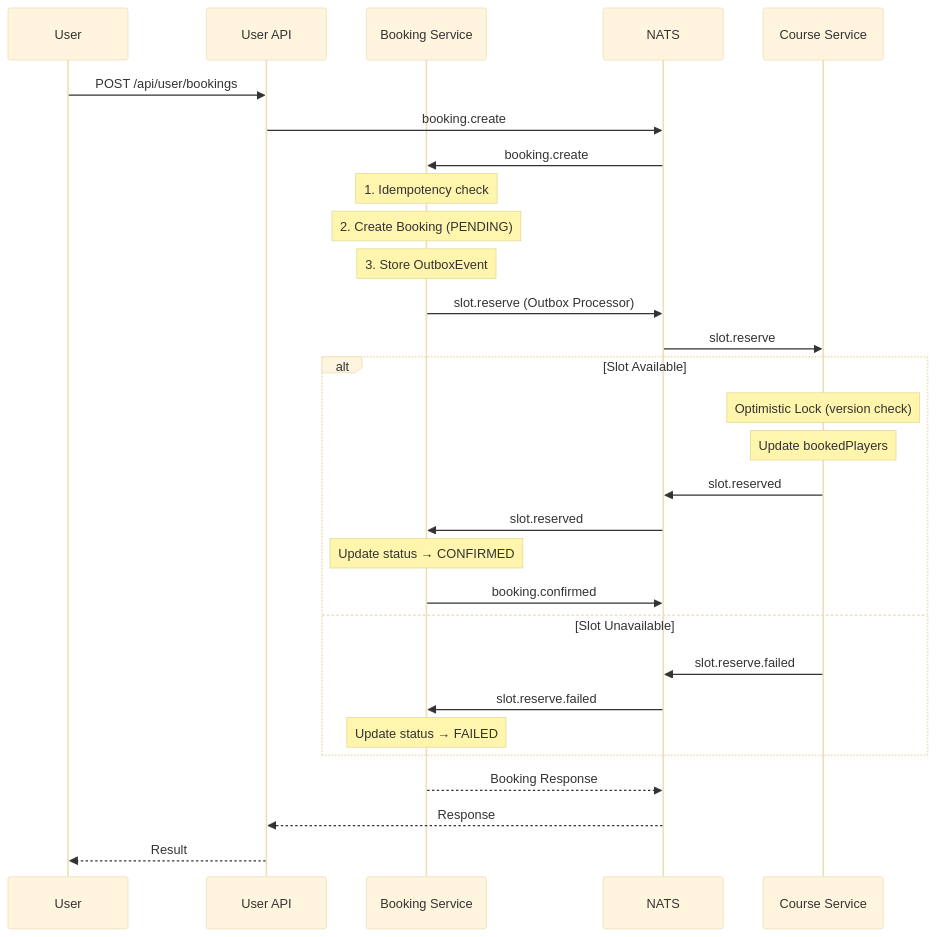
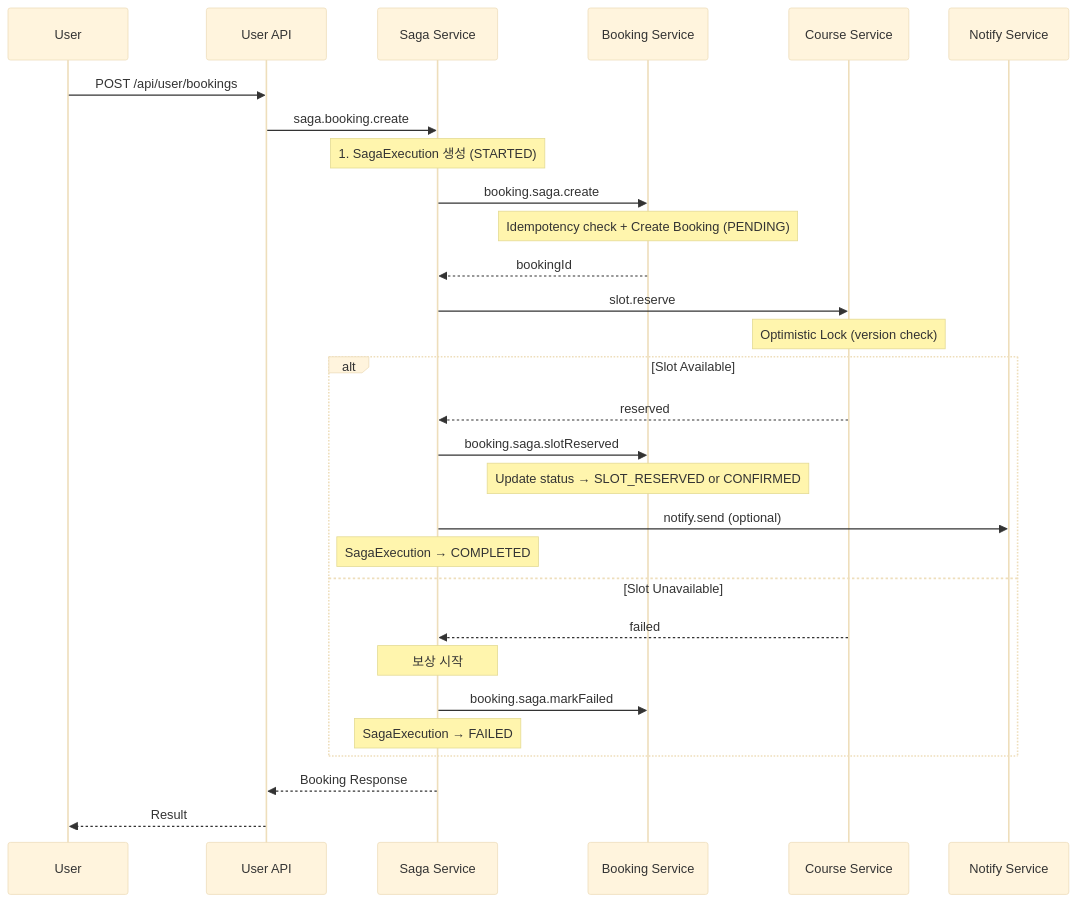
The third of 6 diagrams in docs/architecture/SYSTEM.md (uniyous/parkgolf-platform), drawn with Mermaid (base theme) before and after one commit. The commit also changed other lines of this file and 9 other files, not shown here.

First line of the commit message:
docs: saga-service 독립 분리에 따른 아키텍처/워크플로우 문서 현행화

````diff
--- a/docs/architecture/SYSTEM.md
+++ b/docs/architecture/SYSTEM.md
@@ -559,36 +614,36 @@
 ```mermaid
 sequenceDiagram
     participant U as User
     participant UAPI as User API
+    participant SAGA as Saga Service
     participant BOOK as Booking Service
-    participant NATS as NATS
     participant COURSE as Course Service
+    participant NOTIFY as Notify Service
 
     U->>UAPI: POST /api/user/bookings
-    UAPI->>NATS: booking.create
-    NATS->>BOOK: booking.create
+    UAPI->>SAGA: saga.booking.create
 
-    Note over BOOK: 1. Idempotency check
-    Note over BOOK: 2. Create Booking (PENDING)
-    Note over BOOK: 3. Store OutboxEvent
+    Note over SAGA: 1. SagaExecution 생성 (STARTED)
+    SAGA->>BOOK: booking.saga.create
+    Note over BOOK: Idempotency check + Create Booking (PENDING)
+    BOOK-->>SAGA: bookingId
 
-    BOOK->>NATS: slot.reserve (Outbox Processor)
-    NATS->>COURSE: slot.reserve
+    SAGA->>COURSE: slot.reserve
+    Note over COURSE: Optimistic Lock (version check)
 
     alt Slot Available
-        Note over COURSE: Optimistic Lock (version check)
-        Note over COURSE: Update bookedPlayers
-        COURSE->>NATS: slot.reserved
-        NATS->>BOOK: slot.reserved
-        Note over BOOK: Update status → CONFIRMED
-        BOOK->>NATS: booking.confirmed
+        COURSE-->>SAGA: reserved
+        SAGA->>BOOK: booking.saga.slotReserved
+        Note over BOOK: Update status → SLOT_RESERVED or CONFIRMED
+        SAGA->>NOTIFY: notify.send (optional)
+        Note over SAGA: SagaExecution → COMPLETED
     else Slot Unavailable
-        COURSE->>NATS: slot.reserve.failed
-        NATS->>BOOK: slot.reserve.failed
-        Note over BOOK: Update status → FAILED
+        COURSE-->>SAGA: failed
+        Note over SAGA: 보상 시작
+        SAGA->>BOOK: booking.saga.markFailed
+        Note over SAGA: SagaExecution → FAILED
     end
 
-    BOOK-->>NATS: Booking Response
-    NATS-->>UAPI: Response
+    SAGA-->>UAPI: Booking Response
     UAPI-->>U: Result
 ```
````
